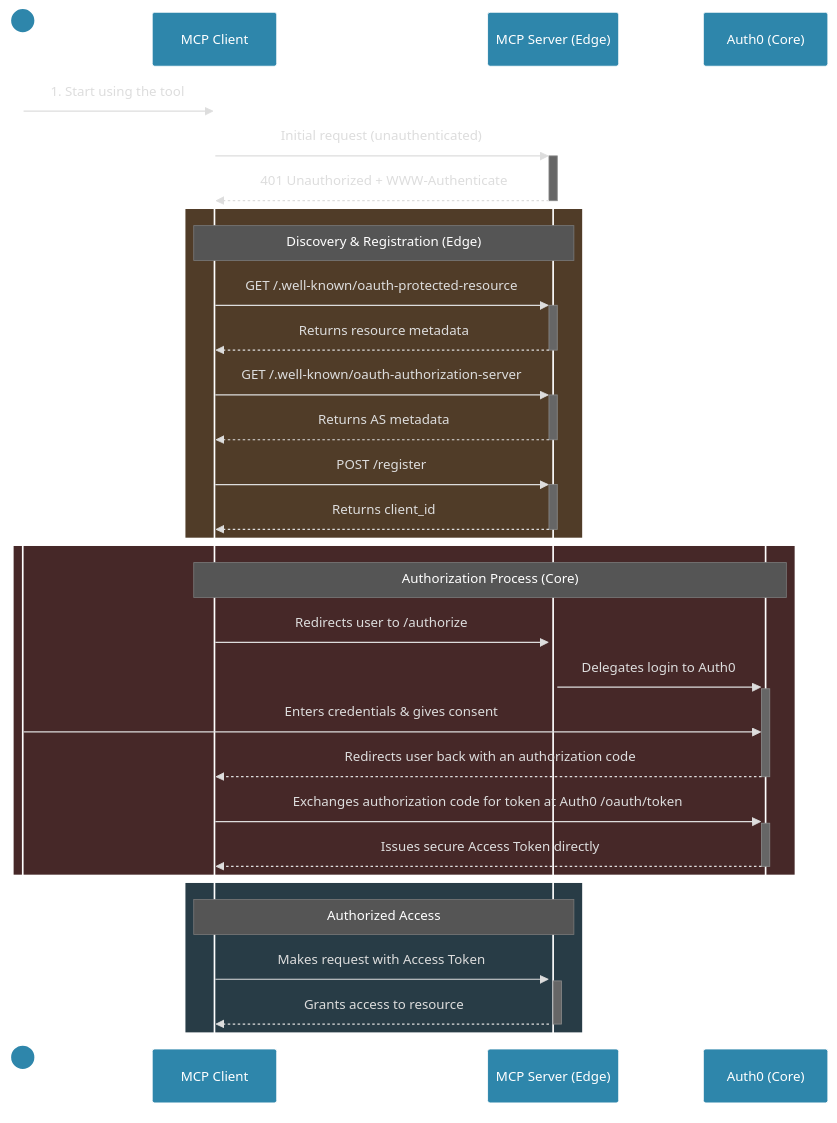
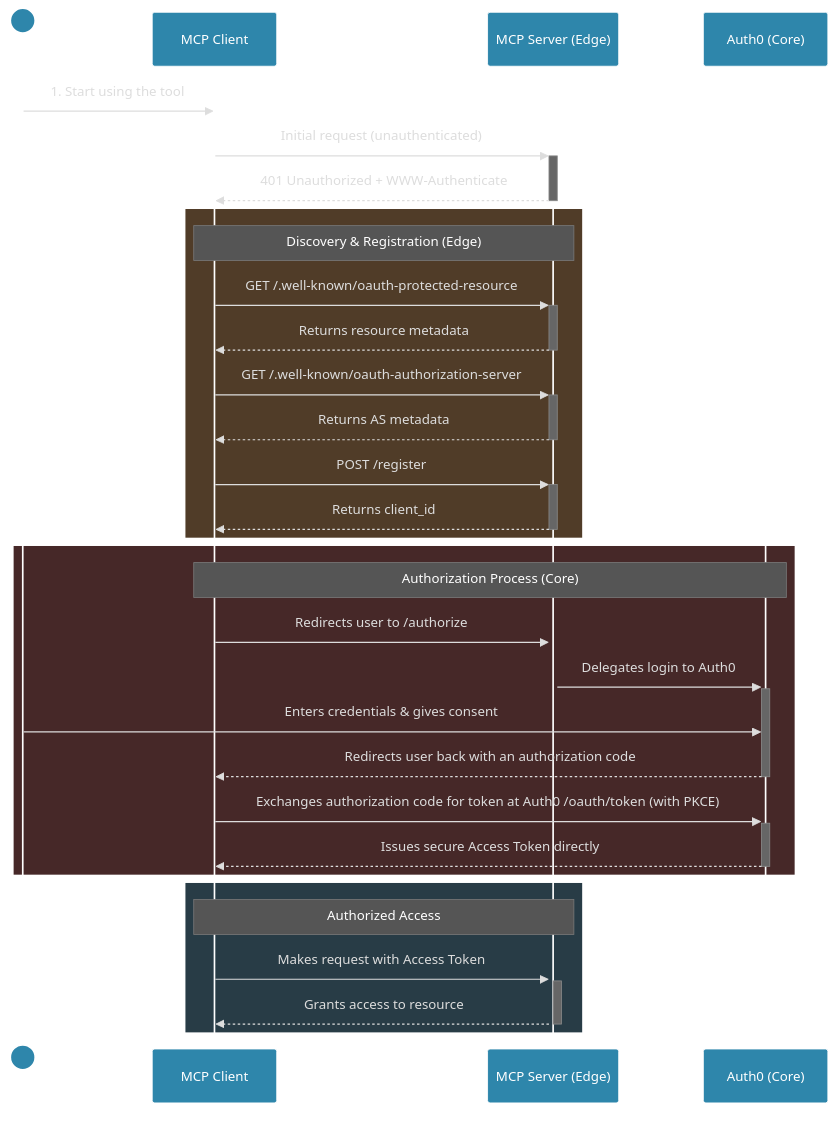
One commit to mxcoppell/mcp-server-oauth changed the second of 3 diagrams in AUTH.md. Above: the diagram before and after it, drawn with Mermaid. The commit also changed other lines of this file and 1 other file, not shown here.

First line of the commit message:
docs: reorganize AUTH.md with cloud connector flow and update README reference

````diff
--- a/AUTH.md
+++ b/AUTH.md
@@ -66,38 +65,38 @@
 ```mermaid
 %%{init: {'theme':'base', 'themeVariables': { 'actorBkg': '#2E86AB', 'actorTextColor': '#fff', 'actorBorder': '#fff', 'c0': '#8B4513', 'c1': '#556B2F', 'c2': '#4682B4', 'c3': '#8B0000', 'actor0': '#2E86AB', 'actor1': '#8B4513', 'actor2': '#556B2F', 'actor3': '#8B0000', 'signalColor': '#ddd', 'signalTextColor': '#ddd', 'labelBoxBkgColor': '#444', 'labelTextColor': '#fff', 'loopTextColor': '#fff', 'noteTextColor': '#fff', 'noteBkgColor': '#555', 'noteBorderColor': '#777', 'activationBkgColor': '#666', 'activationBorderColor': '#888', 'sequenceNumberColor': '#fff' }}}%%
 sequenceDiagram
     actor User
     participant Client as MCP Client
     participant Server as MCP Server (Edge)
     participant Auth0 as Auth0 (Core)
 
     User->>Client: 1. Start using the tool
     Client->>+Server: Initial request (unauthenticated)
     Server-->>-Client: 401 Unauthorized + WWW-Authenticate
 
     rect rgb(80, 60, 40)
         note over Client,Server: Discovery & Registration (Edge)
         Client->>+Server: GET /.well-known/oauth-protected-resource
         Server-->>-Client: Returns resource metadata
         Client->>+Server: GET /.well-known/oauth-authorization-server
         Server-->>-Client: Returns AS metadata
         Client->>+Server: POST /register
         Server-->>-Client: Returns client_id
     end
 
     rect rgb(70, 40, 40)
         note over Client,Auth0: Authorization Process (Core)
         Client->>+Server: Redirects user to /authorize
         Server->>+Auth0: Delegates login to Auth0
         User->>Auth0: Enters credentials & gives consent
         Auth0-->>-Client: Redirects user back with an authorization code
-        Client->>+Auth0: Exchanges authorization code for token at Auth0 /oauth/token  
+        Client->>+Auth0: Exchanges authorization code for token at Auth0 /oauth/token (with PKCE)
         Auth0-->>-Client: Issues secure Access Token directly
     end
 
     rect rgb(40, 60, 70)
         note over Client,Server: Authorized Access
         Client->>+Server: Makes request with Access Token
         Server-->>-Client: Grants access to resource
     end
 ```
````
